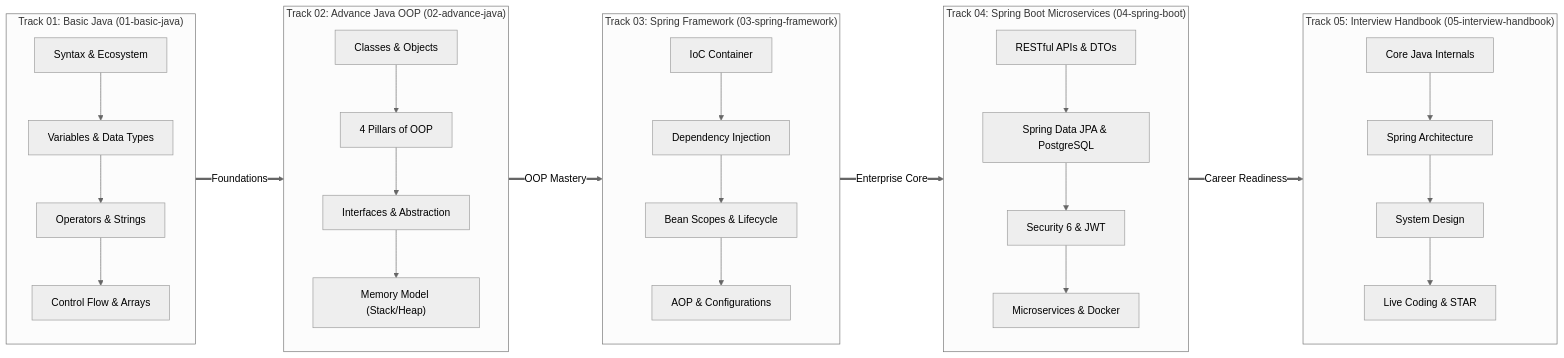
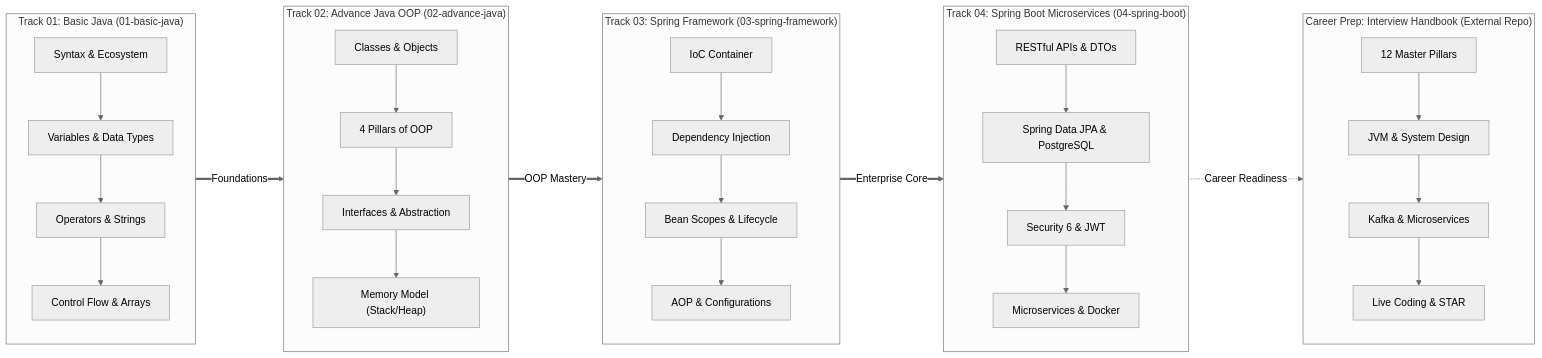
The diagram in README.md (sakousa856-sketch/java-spring-for-developers-khmer), drawn with Mermaid (neutral theme) before and after one commit. The commit also changed other lines of this file and 30 other files, not shown here.

Commit message:
feat: streamline to 4 learning tracks and link to standalone interview handbook repo

````diff
--- a/README.md
+++ b/README.md
@@ -20,37 +21,39 @@
 ```mermaid
 flowchart LR
     subgraph T1["Track 01: Basic Java (01-basic-java)"]
         direction TB
         A1["Syntax & Ecosystem"] --> A2["Variables & Data Types"]
         A2 --> A3["Operators & Strings"] --> A4["Control Flow & Arrays"]
     end
 
     subgraph T2["Track 02: Advance Java OOP (02-advance-java)"]
         direction TB
         B1["Classes & Objects"] --> B2["4 Pillars of OOP"]
         B2 --> B3["Interfaces & Abstraction"] --> B4["Memory Model (Stack/Heap)"]
     end
 
     subgraph T3["Track 03: Spring Framework (03-spring-framework)"]
         direction TB
         C1["IoC Container"] --> C2["Dependency Injection"]
         C2 --> C3["Bean Scopes & Lifecycle"] --> C4["AOP & Configurations"]
     end
 
     subgraph T4["Track 04: Spring Boot Microservices (04-spring-boot)"]
         direction TB
         D1["RESTful APIs & DTOs"] --> D2["Spring Data JPA & PostgreSQL"]
         D2 --> D3["Security 6 & JWT"] --> D4["Microservices & Docker"]
     end
 
-    subgraph T5["Track 05: Interview Handbook (05-interview-handbook)"]
+    subgraph T5["Career Prep: Interview Handbook (External Repo)"]
         direction TB
-        E1["Core Java Internals"] --> E2["Spring Architecture"]
-        E2 --> E3["System Design"] --> E4["Live Coding & STAR"]
+        E1["12 Master Pillars"] --> E2["JVM & System Design"]
+        E2 --> E3["Kafka & Microservices"] --> E4["Live Coding & STAR"]
     end
 
     T1 ==>|Foundations| T2
     T2 ==>|OOP Mastery| T3
     T3 ==>|Enterprise Core| T4
-    T4 ==>|Career Readiness| T5
+    T4 -.->|Career Readiness| T5
+    
+    click T5 "https://github.com/sakousa856-sketch/java-spring-interview-handbook-khmer" "Open Interview Handbook Repository"
 ```
````
